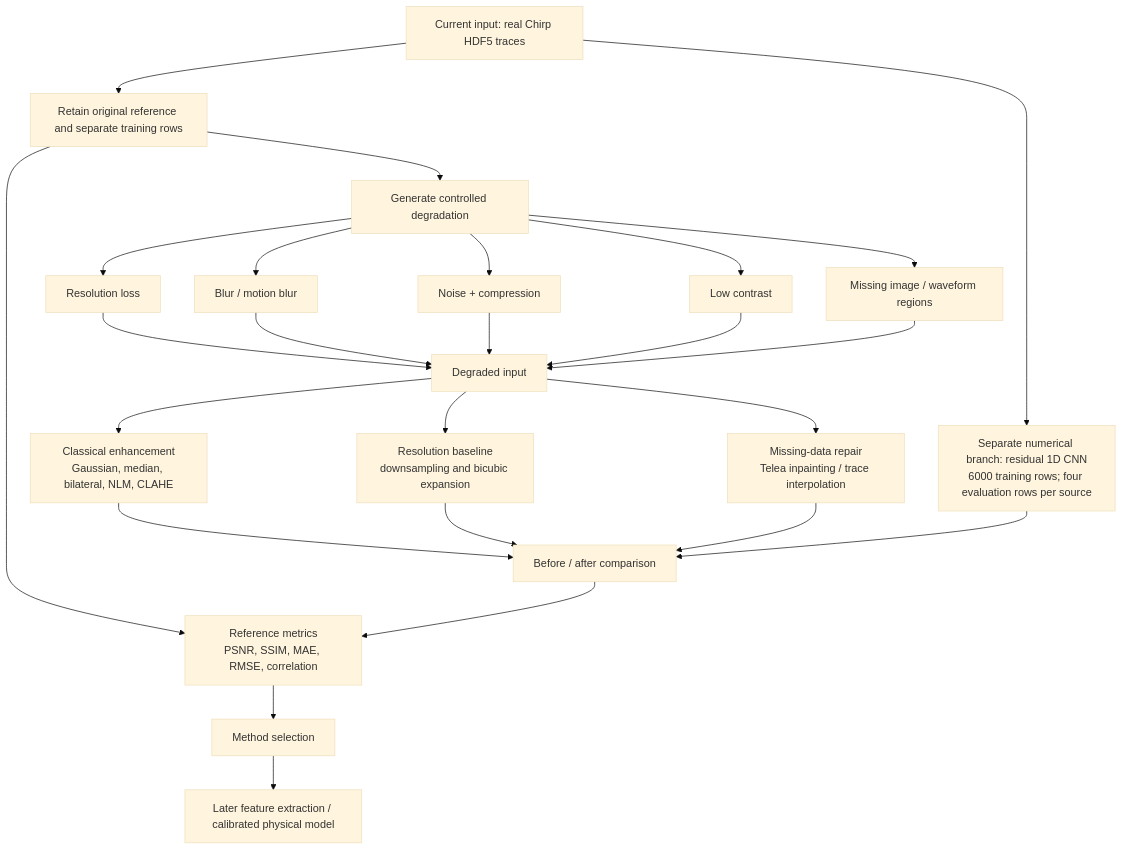
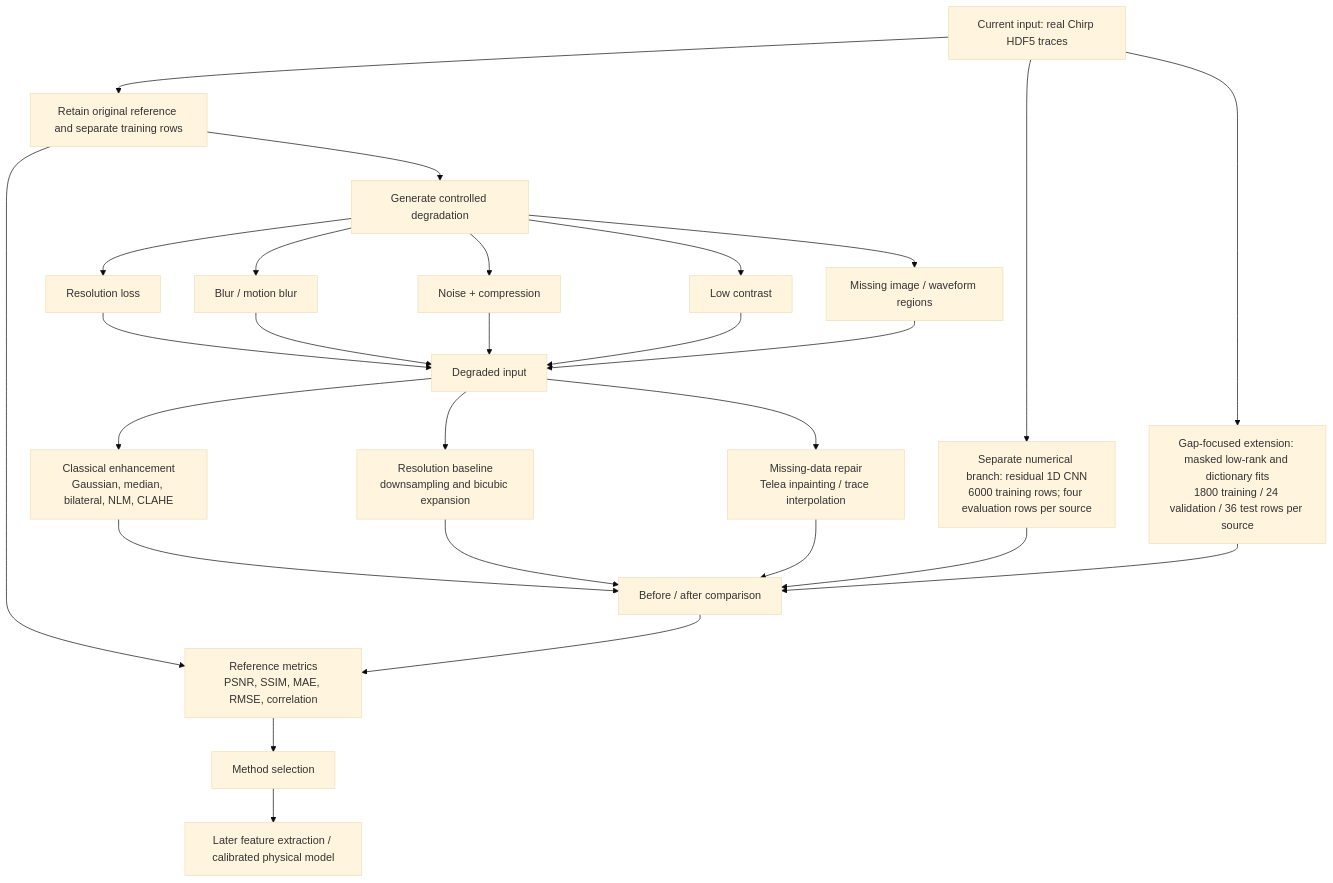
One commit to Samik123Mit/BTP_Project changed the diagram in PROJECT_WRITEUP.md. Above: the diagram before and after it, drawn with Mermaid (base theme). The commit also changed other lines of this file and 166 other files, not shown here.

````diff
--- a/PROJECT_WRITEUP.md
+++ b/PROJECT_WRITEUP.md
@@ -31,27 +33,29 @@
 ```mermaid
 flowchart TD
     A[Current input: real Chirp HDF5 traces] --> B[Retain original reference and separate training rows]
     B --> C[Generate controlled degradation]
     C --> C1[Resolution loss]
     C --> C2[Blur / motion blur]
     C --> C3[Noise + compression]
     C --> C4[Low contrast]
     C --> C5[Missing image / waveform regions]
     C1 --> D[Degraded input]
     C2 --> D
     C3 --> D
     C4 --> D
     C5 --> D
     D --> E1[Classical enhancement<br/>Gaussian, median, bilateral, NLM, CLAHE]
     D --> E2[Resolution baseline<br/>downsampling and bicubic expansion]
     D --> E3[Missing-data repair<br/>Telea inpainting / trace interpolation]
     A --> E4[Separate numerical branch: residual 1D CNN<br/>6000 training rows; four evaluation rows per source]
+    A --> E5[Gap-focused extension: masked low-rank and dictionary fits<br/>1800 training / 24 validation / 36 test rows per source]
     E1 --> F[Before / after comparison]
     E2 --> F
     E3 --> F
     E4 --> F
+    E5 --> F
     B --> G[Reference metrics<br/>PSNR, SSIM, MAE, RMSE, correlation]
     F --> G
     G --> H[Method selection]
     H --> I[Later feature extraction / calibrated physical model]
 ```
````
